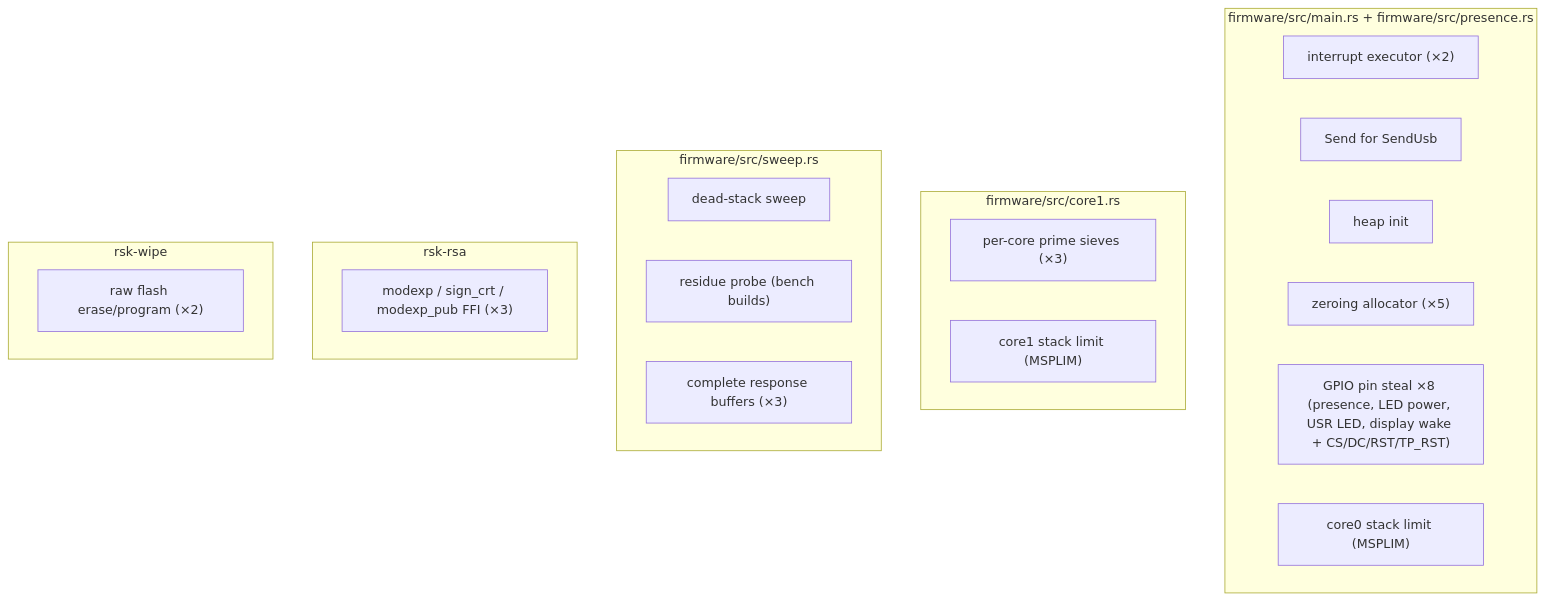
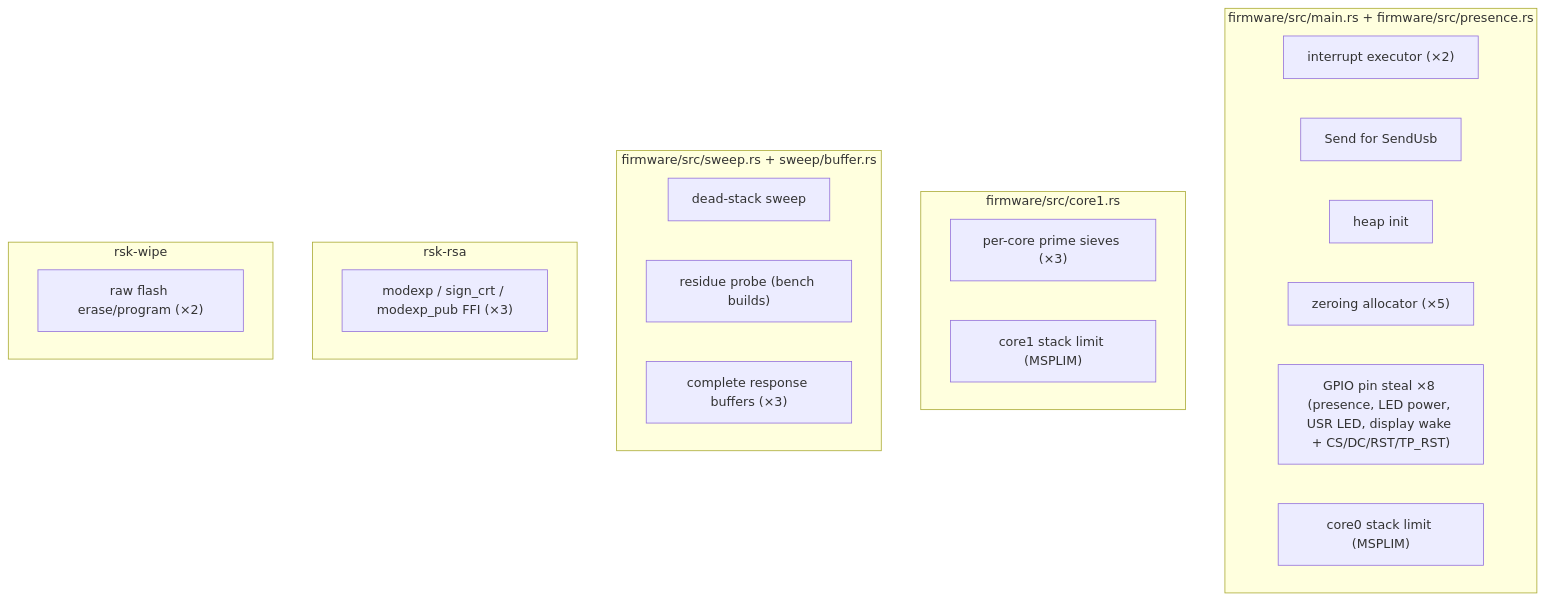
Before and after one commit to TheMaxMur/RS-Key: the diagram in docs/unsafe.md, drawn with Mermaid. The commit also changed other lines of this file and 13 other files, not shown here.

````diff
--- a/docs/unsafe.md
+++ b/docs/unsafe.md
@@ -19,26 +19,26 @@
 ```mermaid
 flowchart TB
     subgraph fw["firmware/src/main.rs + firmware/src/presence.rs"]
       a["interrupt executor (×2)"]
       b["Send for SendUsb"]
       c["heap init"]
       c2["zeroing allocator (×5)"]
       d["GPIO pin steal ×8 (presence, LED power, USR LED, display wake + CS/DC/RST/TP_RST)"]
       d2["core0 stack limit (MSPLIM)"]
     end
     subgraph kg["firmware/src/core1.rs"]
       e["per-core prime sieves (×3)"]
       e2["core1 stack limit (MSPLIM)"]
     end
-    subgraph sw["firmware/src/sweep.rs"]
+    subgraph sw["firmware/src/sweep.rs + sweep/buffer.rs"]
       s1["dead-stack sweep"]
       s2["residue probe (bench builds)"]
       s3["complete response buffers (×3)"]
     end
     subgraph asm["rsk-rsa"]
       f["modexp / sign_crt / modexp_pub FFI (×3)"]
     end
     subgraph wipe["rsk-wipe"]
       g["raw flash erase/program (×2)"]
     end
 ```
````
